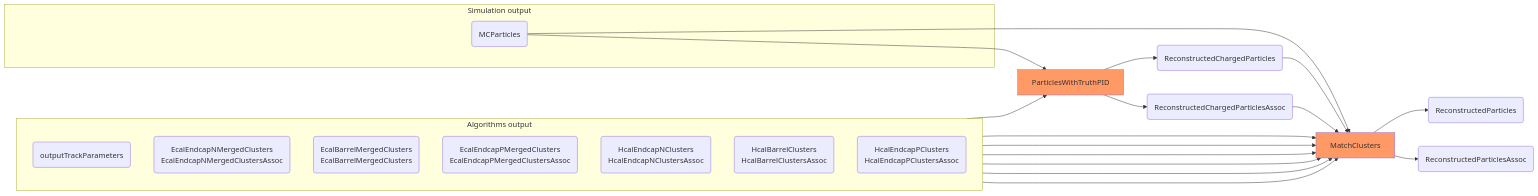
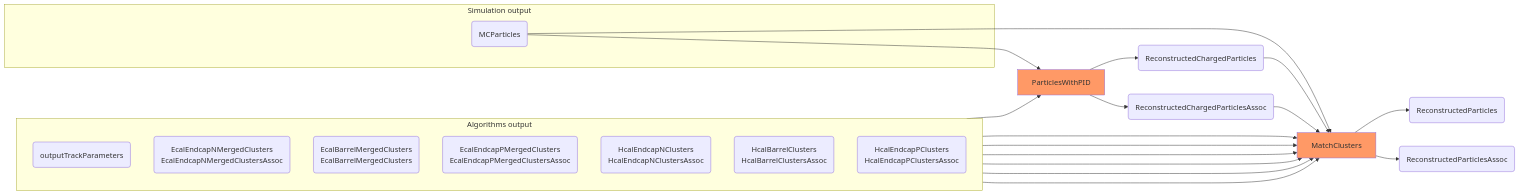
One commit to eic/EICrecon changed the sixth of 7 diagrams in src/tests/tracking_test/mermaid_diagrams.md. Above: the diagram before and after it, drawn with Mermaid. The commit also changed 8 other files, not shown here.

Commit message:
feat: start adding PID links to reconstructed particles

````diff
--- a/src/tests/tracking_test/mermaid_diagrams.md
+++ b/src/tests/tracking_test/mermaid_diagrams.md
@@ -244,37 +244,37 @@
 ```mermaid
 flowchart LR
   classDef alg fill:#f96;
   subgraph Simulation output
     MCParticles(MCParticles)
   end
 
   subgraph Algorithms output
     direction TB
     outputTrackParameters(outputTrackParameters)
     EcalEndcapNMergedClusters(EcalEndcapNMergedClusters<br/>EcalEndcapNMergedClustersAssoc)
     EcalBarrelMergedClusters(EcalBarrelMergedClusters<br/>EcalBarrelMergedClusters)
     EcalEndcapPMergedClusters(EcalEndcapPMergedClusters<br />EcalEndcapPMergedClustersAssoc)
     HcalEndcapNClusters(HcalEndcapNClusters<br/>HcalEndcapNClustersAssoc)
     HcalBarrelClusters(HcalBarrelClusters<br/>HcalBarrelClustersAssoc)
     HcalEndcapPClusters(HcalEndcapPClusters<br/>HcalEndcapPClustersAssoc)
   end
 
-  MCParticles --> ParticlesWithTruthPID[ParticlesWithTruthPID]:::alg
-  outputTrackParameters --> ParticlesWithTruthPID
-  ParticlesWithTruthPID --> ReconstructedChargedParticles(ReconstructedChargedParticles)
-  ParticlesWithTruthPID --> ReconstructedChargedParticlesAssoc(ReconstructedChargedParticlesAssoc)
+  MCParticles --> ParticlesWithPID[ParticlesWithPID]:::alg
+  outputTrackParameters --> ParticlesWithPID
+  ParticlesWithPID --> ReconstructedChargedParticles(ReconstructedChargedParticles)
+  ParticlesWithPID --> ReconstructedChargedParticlesAssoc(ReconstructedChargedParticlesAssoc)
 
   MCParticles --> MatchClusters[MatchClusters]:::alg
   ReconstructedChargedParticles --> MatchClusters
   ReconstructedChargedParticlesAssoc --> MatchClusters
   EcalEndcapNMergedClusters --> MatchClusters
   EcalBarrelMergedClusters --> MatchClusters
   EcalEndcapPMergedClusters --> MatchClusters
   HcalEndcapNClusters --> MatchClusters
   HcalBarrelClusters --> MatchClusters
   HcalEndcapPClusters --> MatchClusters
 
   MatchClusters --> ReconstructedParticles(ReconstructedParticles)
   MatchClusters --> ReconstructedParticlesAssoc(ReconstructedParticlesAssoc)
 
 ```
````
